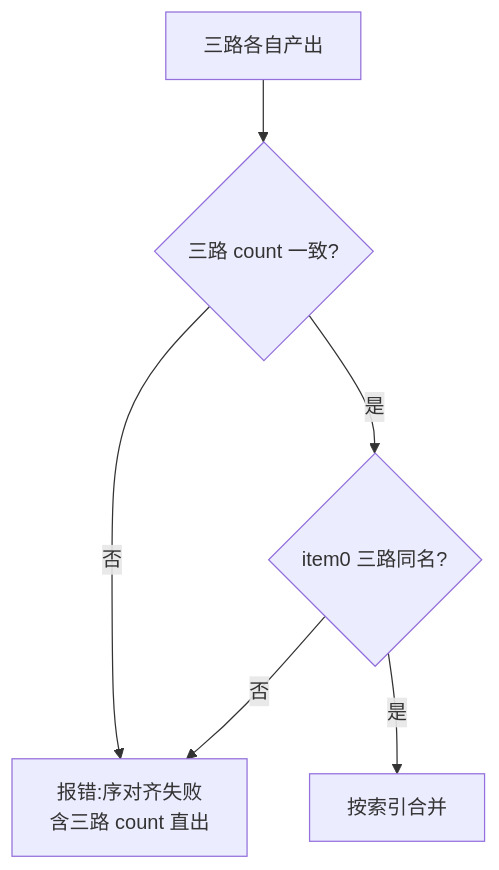
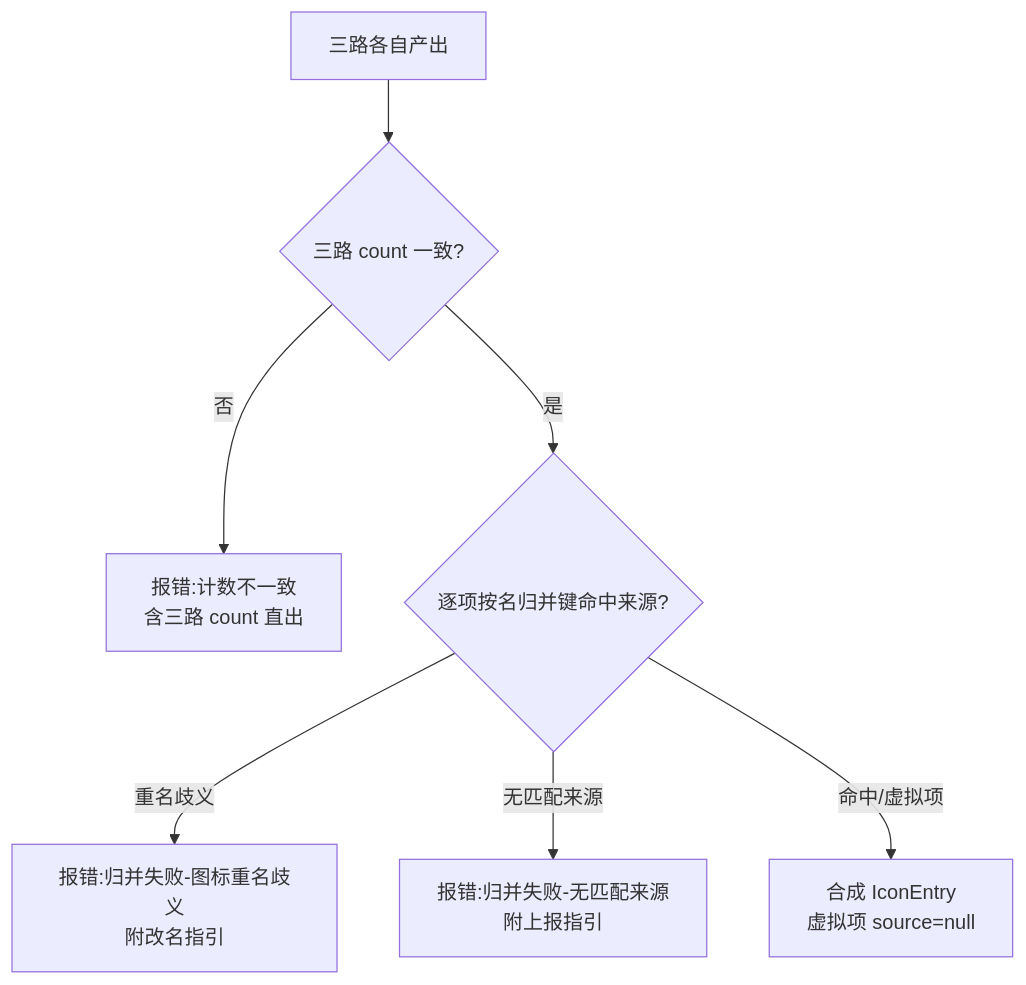
The sixth of 7 diagrams in docs/需求/REQ-002-桌面图标感知-详细设计.md (Ddfang-sdf/deskpilot), drawn with Mermaid before and after one commit. The commit also changed other lines of this file and 1 other file, not shown here.

````diff
--- a/docs/需求/REQ-002-桌面图标感知-详细设计.md
+++ b/docs/需求/REQ-002-桌面图标感知-详细设计.md
@@ -218,8 +218,9 @@
 ```mermaid
 flowchart TD
     A[三路各自产出] --> B{三路 count 一致?}
-    B -- 否 --> C[报错:序对齐失败<br>含三路 count 直出]
-    B -- 是 --> D{item0 三路同名?}
-    D -- 否 --> C
-    D -- 是 --> E[按索引合并]
+    B -- 否 --> C[报错:计数不一致<br>含三路 count 直出]
+    B -- 是 --> D{逐项按名归并键命中来源?}
+    D -- 重名歧义 --> E[报错:归并失败-图标重名歧义<br>附改名指引]
+    D -- 无匹配来源 --> F[报错:归并失败-无匹配来源<br>附上报指引]
+    D -- 命中/虚拟项 --> G[合成 IconEntry<br>虚拟项 source=null]
 ```
````
